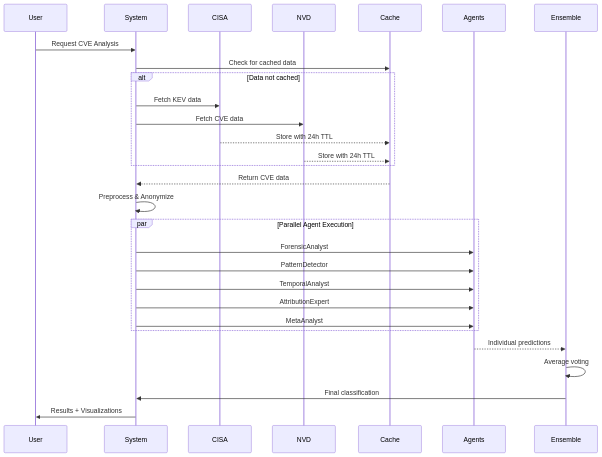
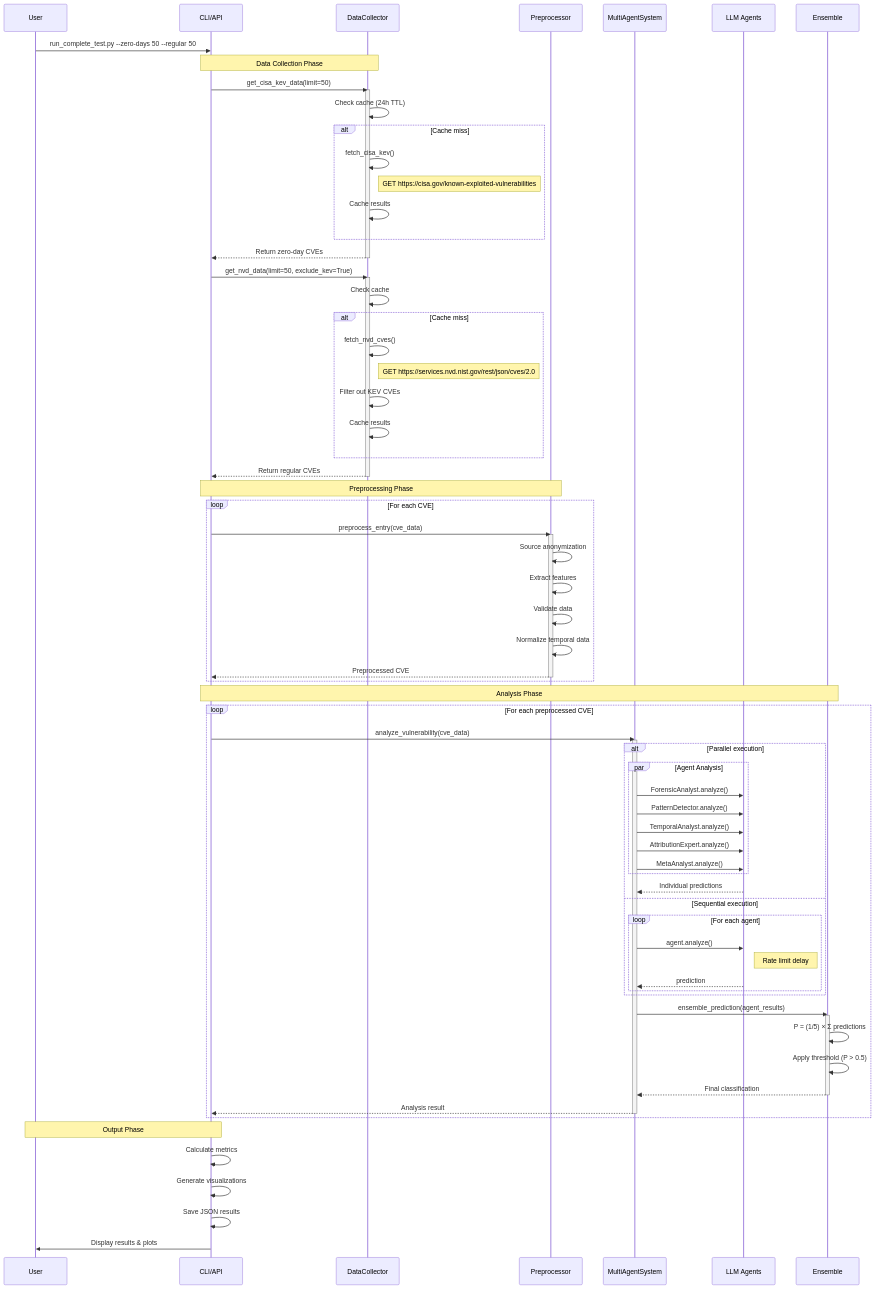
The second of 2 diagrams in README.md (lodetomasi/zero-day-llm-ensemble), drawn with Mermaid before and after one commit.

````diff
--- a/README.md
+++ b/README.md
@@ -331,36 +331,92 @@
 ```mermaid
 sequenceDiagram
     participant User
-    participant System
-    participant CISA
-    participant NVD
-    participant Cache
-    participant Agents
+    participant CLI as CLI/API
+    participant Collector as DataCollector
+    participant Preprocessor
+    participant MultiAgent as MultiAgentSystem
+    participant Agents as LLM Agents
     participant Ensemble
     
-    User->>System: Request CVE Analysis
-    System->>Cache: Check for cached data
+    User->>CLI: run_complete_test.py --zero-days 50 --regular 50
     
-    alt Data not cached
-        System->>CISA: Fetch KEV data
-        System->>NVD: Fetch CVE data
-        CISA-->>Cache: Store with 24h TTL
-        NVD-->>Cache: Store with 24h TTL
+    Note over CLI,Collector: Data Collection Phase
+    CLI->>Collector: get_cisa_kev_data(limit=50)
+    activate Collector
+    Collector->>Collector: Check cache (24h TTL)
+    
+    alt Cache miss
+        Collector->>Collector: fetch_cisa_kev()
+        Note right of Collector: GET https://cisa.gov/known-exploited-vulnerabilities
+        Collector->>Collector: Cache results
     end
     
-    Cache-->>System: Return CVE data
-    System->>System: Preprocess & Anonymize
+    Collector-->>CLI: Return zero-day CVEs
+    deactivate Collector
     
-    par Parallel Agent Execution
-        System->>Agents: ForensicAnalyst
-        System->>Agents: PatternDetector
-        System->>Agents: TemporalAnalyst
-        System->>Agents: AttributionExpert
-        System->>Agents: MetaAnalyst
+    CLI->>Collector: get_nvd_data(limit=50, exclude_kev=True)
+    activate Collector
+    Collector->>Collector: Check cache
+    
+    alt Cache miss
+        Collector->>Collector: fetch_nvd_cves()
+        Note right of Collector: GET https://services.nvd.nist.gov/rest/json/cves/2.0
+        Collector->>Collector: Filter out KEV CVEs
+        Collector->>Collector: Cache results
     end
     
-    Agents-->>Ensemble: Individual predictions
-    Ensemble->>Ensemble: Average voting
-    Ensemble->>System: Final classification
-    System->>User: Results + Visualizations
+    Collector-->>CLI: Return regular CVEs
+    deactivate Collector
+    
+    Note over CLI,Preprocessor: Preprocessing Phase
+    loop For each CVE
+        CLI->>Preprocessor: preprocess_entry(cve_data)
+        activate Preprocessor
+        Preprocessor->>Preprocessor: Source anonymization
+        Preprocessor->>Preprocessor: Extract features
+        Preprocessor->>Preprocessor: Validate data
+        Preprocessor->>Preprocessor: Normalize temporal data
+        Preprocessor-->>CLI: Preprocessed CVE
+        deactivate Preprocessor
+    end
+    
+    Note over CLI,Ensemble: Analysis Phase
+    loop For each preprocessed CVE
+        CLI->>MultiAgent: analyze_vulnerability(cve_data)
+        activate MultiAgent
+        
+        alt Parallel execution
+            par Agent Analysis
+                MultiAgent->>Agents: ForensicAnalyst.analyze()
+                MultiAgent->>Agents: PatternDetector.analyze()
+                MultiAgent->>Agents: TemporalAnalyst.analyze()
+                MultiAgent->>Agents: AttributionExpert.analyze()
+                MultiAgent->>Agents: MetaAnalyst.analyze()
+            end
+            
+            Agents-->>MultiAgent: Individual predictions
+        else Sequential execution
+            loop For each agent
+                MultiAgent->>Agents: agent.analyze()
+                Note right of Agents: Rate limit delay
+                Agents-->>MultiAgent: prediction
+            end
+        end
+        
+        MultiAgent->>Ensemble: ensemble_prediction(agent_results)
+        activate Ensemble
+        Ensemble->>Ensemble: P = (1/5) × Σ predictions
+        Ensemble->>Ensemble: Apply threshold (P > 0.5)
+        Ensemble-->>MultiAgent: Final classification
+        deactivate Ensemble
+        
+        MultiAgent-->>CLI: Analysis result
+        deactivate MultiAgent
+    end
+    
+    Note over CLI,User: Output Phase
+    CLI->>CLI: Calculate metrics
+    CLI->>CLI: Generate visualizations
+    CLI->>CLI: Save JSON results
+    CLI->>User: Display results & plots
 ```
````
